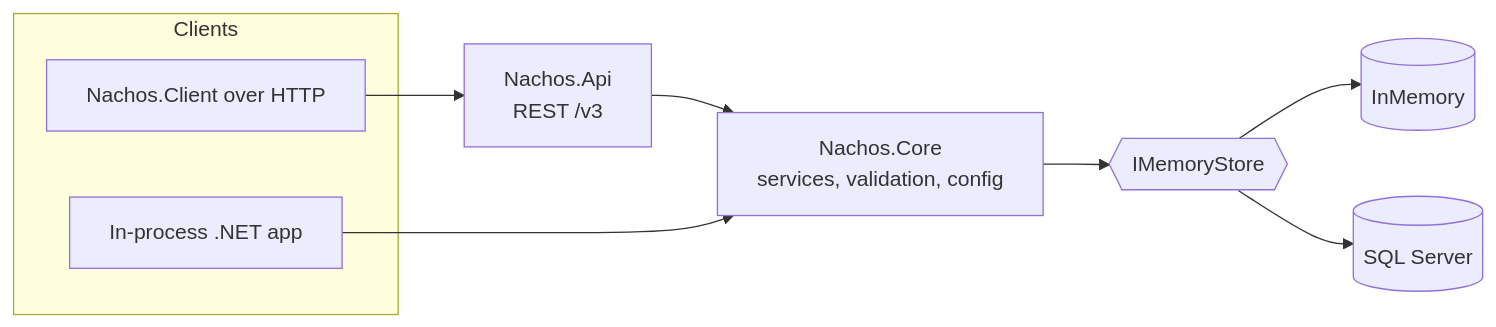
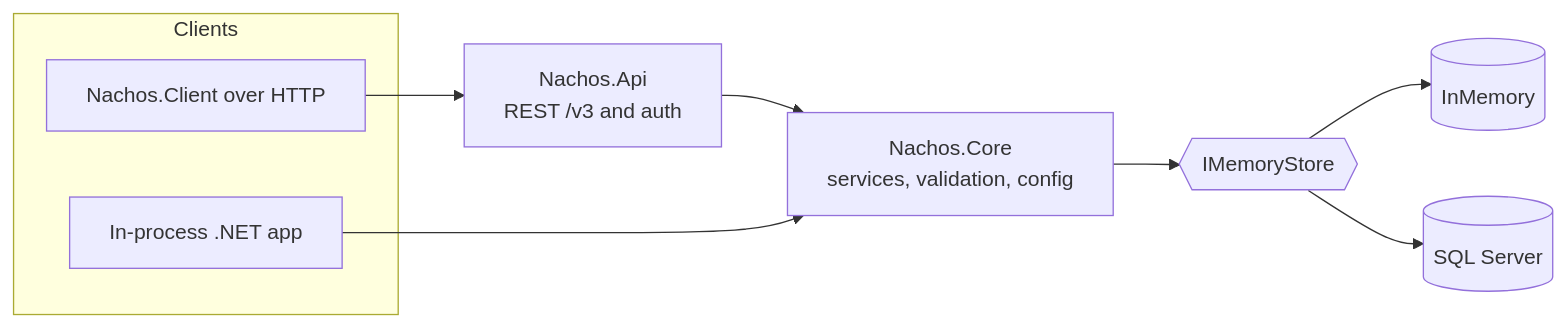
The diagram in README.md (brendankowitz/nachos), drawn with Mermaid before and after one commit. The commit also changed other lines of this file, not shown here.

````diff
--- a/README.md
+++ b/README.md
@@ -186,18 +211,18 @@
 ```mermaid
 flowchart LR
   subgraph Clients
     HttpClient[Nachos.Client over HTTP]
     InProc[In-process .NET app]
   end
-  Api[Nachos.Api<br/>REST /v3]
+  Api[Nachos.Api<br/>REST /v3 and auth]
   Core[Nachos.Core<br/>services, validation, config]
   Store{{IMemoryStore}}
   Mem[(InMemory)]
   Sql[(SQL Server)]
   HttpClient --> Api
   Api --> Core
   InProc --> Core
   Core --> Store
   Store --> Mem
   Store --> Sql
 ```
````
